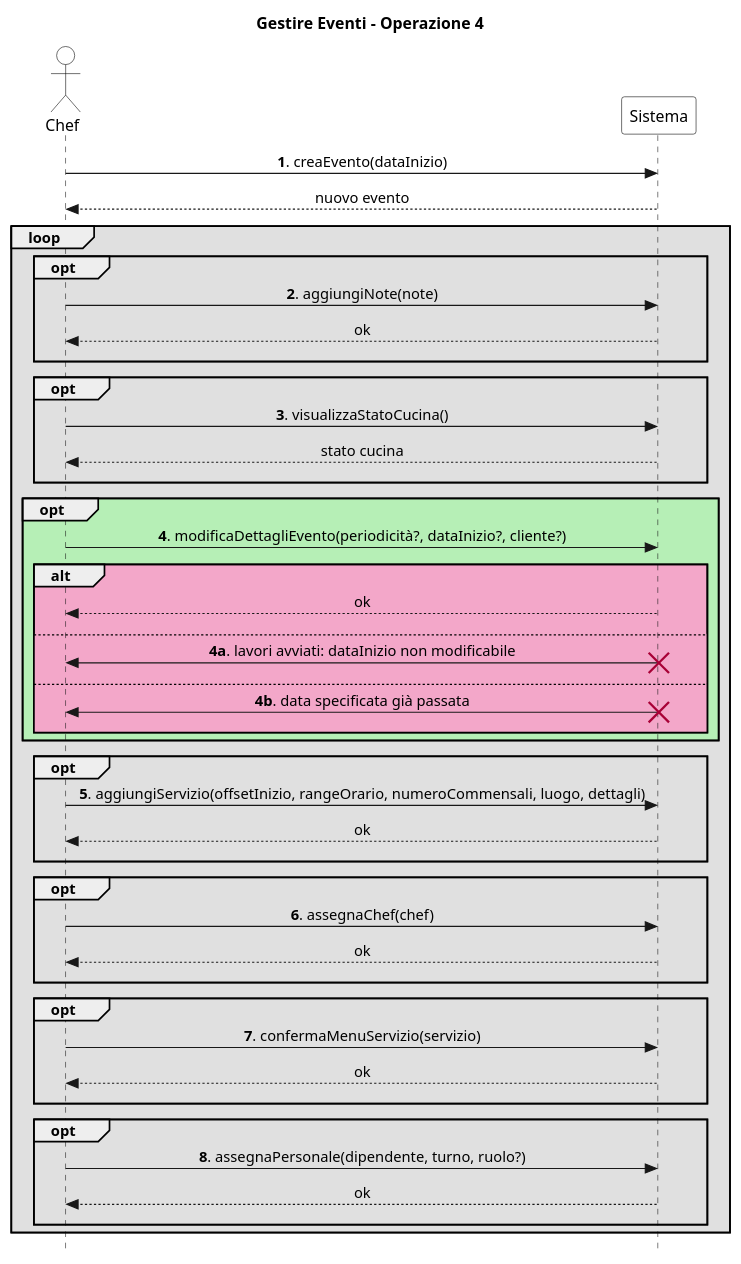
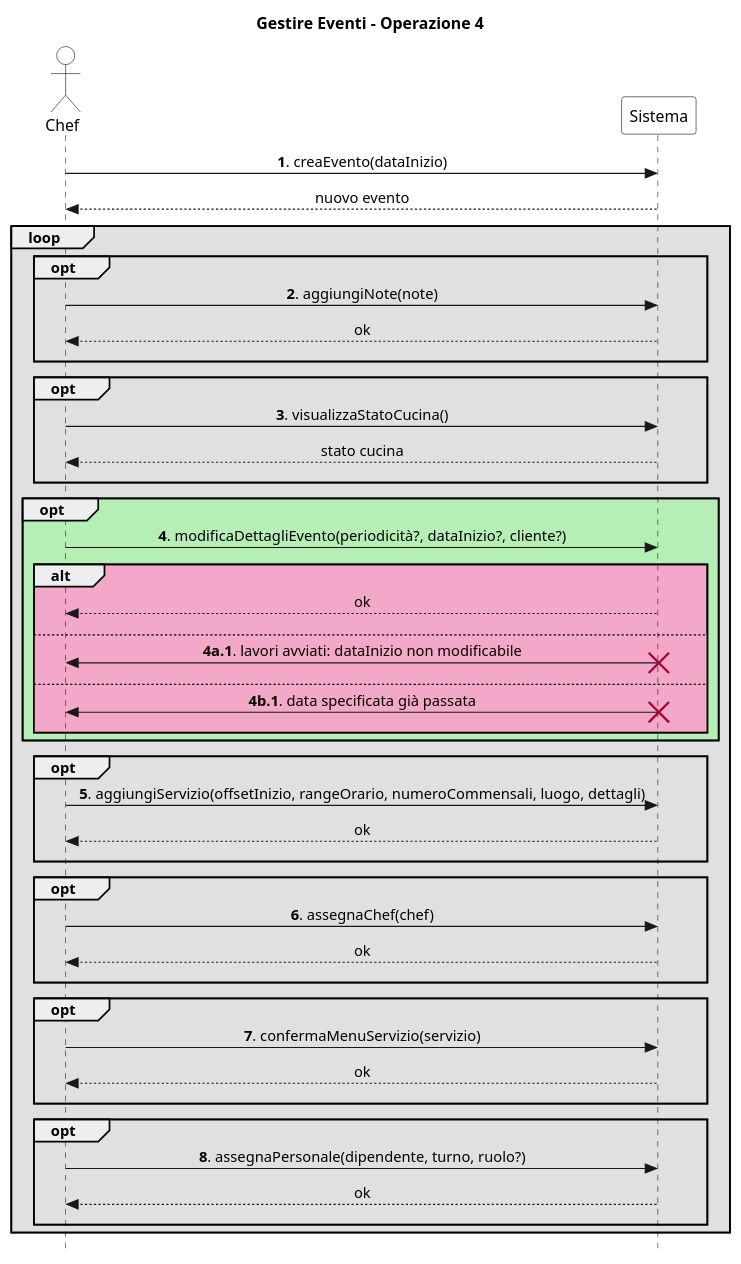
One commit to stefa168/sas-project changed the diagram in UP/Requisiti/UC Gestire Eventi/SSD/Estensioni-Eccezioni Op4.puml. Above: the diagram before and after it, drawn with PlantUML. The commit also changed 5 other files, not shown here.

```diff
--- a/UP/Requisiti/UC Gestire Eventi/SSD/Estensioni-Eccezioni Op4.puml
+++ b/UP/Requisiti/UC Gestire Eventi/SSD/Estensioni-Eccezioni Op4.puml
@@ -1,73 +1,73 @@
 @startuml
 skinparam Style strictuml
 skinparam SequenceMessageAlign center
 
 skinparam sequence {
     ActorBorderColor Black
     ActorBackgroundColor White
     ParticipantBorderColor Black
     ParticipantBackgroundColor White
 }
 
 actor Chef
 participant Sistema
 
 title Gestire Eventi - Operazione 4
 
 Chef -> Sistema: **1**. creaEvento(dataInizio)
 return nuovo evento
 
 loop #e0e0e0
     opt #e0e0e0
         Chef -> Sistema: **2**. aggiungiNote(note)
         return ok
         ||10||
     end
 
     opt #e0e0e0
         Chef -> Sistema: **3**. visualizzaStatoCucina()
         return stato cucina
         ||10||
     end
 
     opt #b6efb6
             Chef -> Sistema: **4**. modificaDettagliEvento(periodicità?, dataInizio?, cliente?)
         alt #f3a7c9
             return ok
             ||10||
         else
-            Chef <- Sistema: **4a**. lavori avviati: dataInizio non modificabile
+            Chef <- Sistema: **4a.1**. lavori avviati: dataInizio non modificabile
             destroy Sistema
             ||10||
         else
-            Chef <- Sistema: **4b**. data specificata già passata
+            Chef <- Sistema: **4b.1**. data specificata già passata
             destroy Sistema
             ||10||
         end
     end
 
     opt #e0e0e0
         Chef -> Sistema: **5**. aggiungiServizio(offsetInizio, rangeOrario, numeroCommensali, luogo, dettagli)
         return ok
         ||10||
     end
 
     opt #e0e0e0
         Chef -> Sistema: **6**. assegnaChef(chef)
         return ok
         ||10||
     end
 
     opt #e0e0e0
         Chef -> Sistema: **7**. confermaMenuServizio(servizio)
         return ok
         ||10||
     end
 
     opt #e0e0e0
         Chef -> Sistema: **8**. assegnaPersonale(dipendente, turno, ruolo?)
         return ok
         ||10||
     end
 end
 @enduml
```
